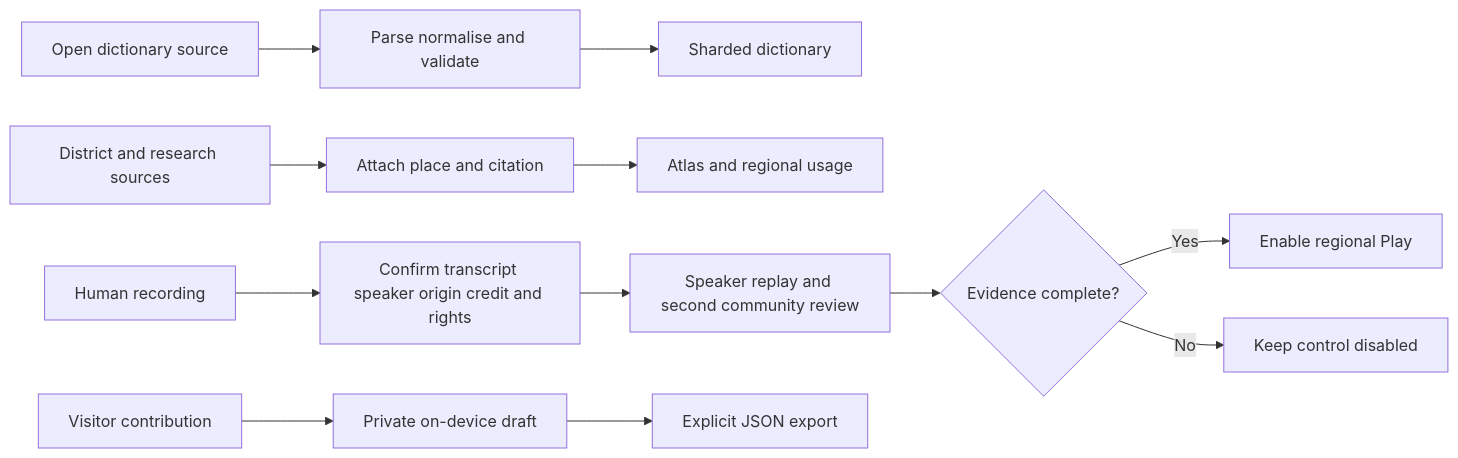
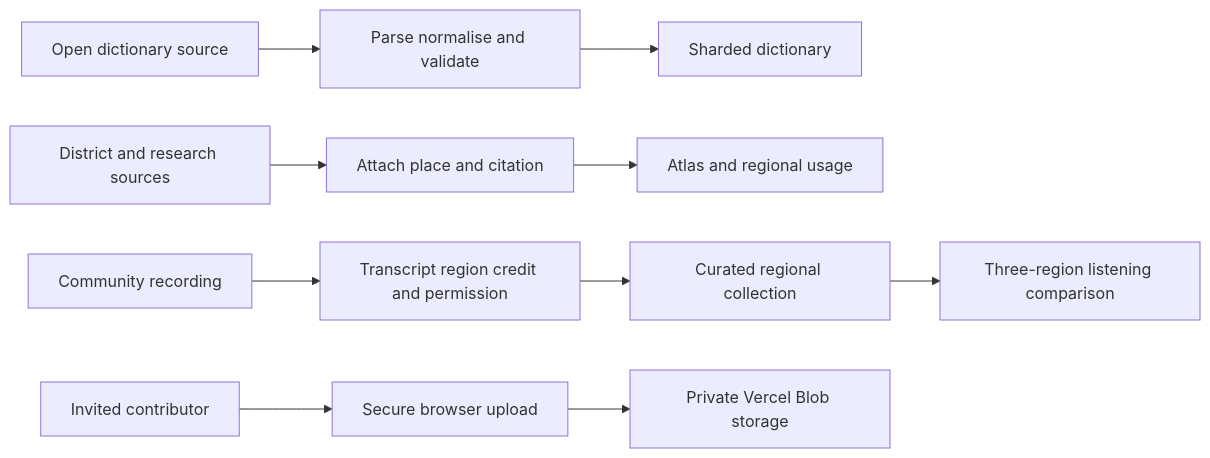
One commit to DSGAMING98/kannadada-beru changed the second of 3 diagrams in README.md. Above: the diagram before and after it, drawn with Mermaid. The commit also changed other lines of this file and 16 other files, not shown here.

````diff
--- a/README.md
+++ b/README.md
@@ -160,17 +166,15 @@
 ```mermaid
 flowchart LR
     A[Open dictionary source] --> B[Parse normalise and validate]
     B --> C[Sharded dictionary]
 
     D[District and research sources] --> E[Attach place and citation]
     E --> F[Atlas and regional usage]
 
-    G[Human recording] --> H[Confirm transcript speaker origin credit and rights]
-    H --> I[Speaker replay and second community review]
-    I --> J{Evidence complete?}
-    J -->|Yes| N[Enable regional Play]
-    J -->|No| O[Keep control disabled]
+    G[Community recording] --> H[Transcript region credit and permission]
+    H --> I[Curated regional collection]
+    I --> J[Three-region listening comparison]
 
-    K[Visitor contribution] --> L[Private on-device draft]
-    L --> M[Explicit JSON export]
+    K[Invited contributor] --> L[Secure browser upload]
+    L --> M[Private Vercel Blob storage]
 ```
````
